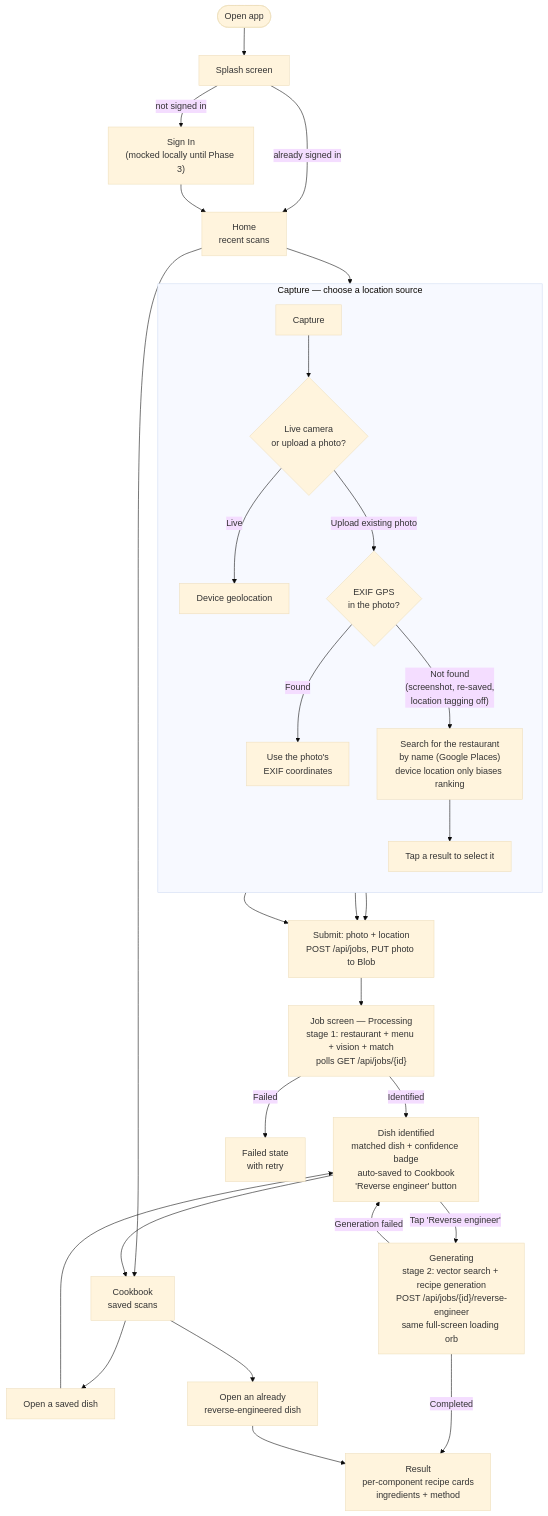
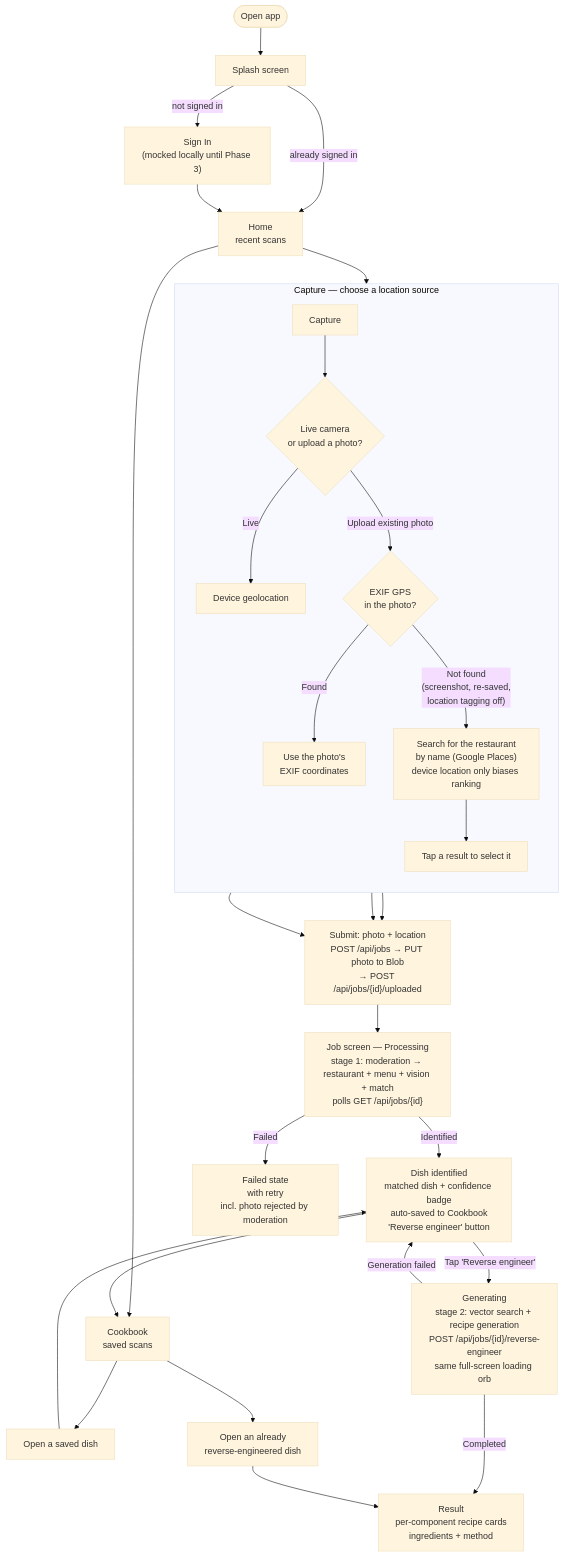
The diagram in docs/user-flow.md (joelwood420/Replate), drawn with Mermaid (base theme) before and after one commit. The commit also changed 30 other files, not shown here.

````diff
--- a/docs/user-flow.md
+++ b/docs/user-flow.md
@@ -11,40 +11,40 @@
 ```mermaid
 flowchart TD
     Start(["Open app"]) --> Splash["Splash screen"]
     Splash -->|not signed in| SignIn["Sign In<br/>(mocked locally until Phase 3)"]
     Splash -->|already signed in| Home
     SignIn --> Home["Home<br/>recent scans"]
 
     Home --> Capture["Capture"]
     Home --> Cookbook["Cookbook<br/>saved scans"]
 
     subgraph CaptureFlow["Capture — choose a location source"]
         direction TB
         Capture --> Choice{"Live camera<br/>or upload a photo?"}
         Choice -->|"Live"| LiveGPS["Device geolocation"]
         Choice -->|"Upload existing photo"| ExifCheck{"EXIF GPS<br/>in the photo?"}
         ExifCheck -->|"Found"| ExifGPS["Use the photo's<br/>EXIF coordinates"]
         ExifCheck -->|"Not found<br/>(screenshot, re-saved,<br/>location tagging off)"| Search["Search for the restaurant<br/>by name (Google Places)<br/>device location only biases ranking"]
         Search --> SelectRestaurant["Tap a result to select it"]
     end
 
-    LiveGPS --> Submit["Submit: photo + location<br/>POST /api/jobs, PUT photo to Blob"]
+    LiveGPS --> Submit["Submit: photo + location<br/>POST /api/jobs → PUT photo to Blob<br/>→ POST /api/jobs/{id}/uploaded"]
     ExifGPS --> Submit
     SelectRestaurant --> Submit
 
-    Submit --> Job["Job screen — Processing<br/>stage 1: restaurant + menu + vision + match<br/>polls GET /api/jobs/{id}"]
+    Submit --> Job["Job screen — Processing<br/>stage 1: moderation → restaurant + menu + vision + match<br/>polls GET /api/jobs/{id}"]
 
     Job -->|Identified| Identified["Dish identified<br/>matched dish + confidence badge<br/>auto-saved to Cookbook<br/>'Reverse engineer' button"]
-    Job -->|Failed| Failed["Failed state<br/>with retry"]
+    Job -->|Failed| Failed["Failed state<br/>with retry<br/>incl. photo rejected by moderation"]
 
     Identified --> Cookbook
     Cookbook --> ViewSaved["Open a saved dish"]
     ViewSaved --> Identified
 
     Identified -->|"Tap 'Reverse engineer'"| Generating["Generating<br/>stage 2: vector search + recipe generation<br/>POST /api/jobs/{id}/reverse-engineer<br/>same full-screen loading orb"]
     Generating -->|Completed| Result["Result<br/>per-component recipe cards<br/>ingredients + method"]
     Generating -->|"Generation failed"| Identified
 
     Cookbook --> ViewRecipe["Open an already<br/>reverse-engineered dish"]
     ViewRecipe --> Result
 ```
````
